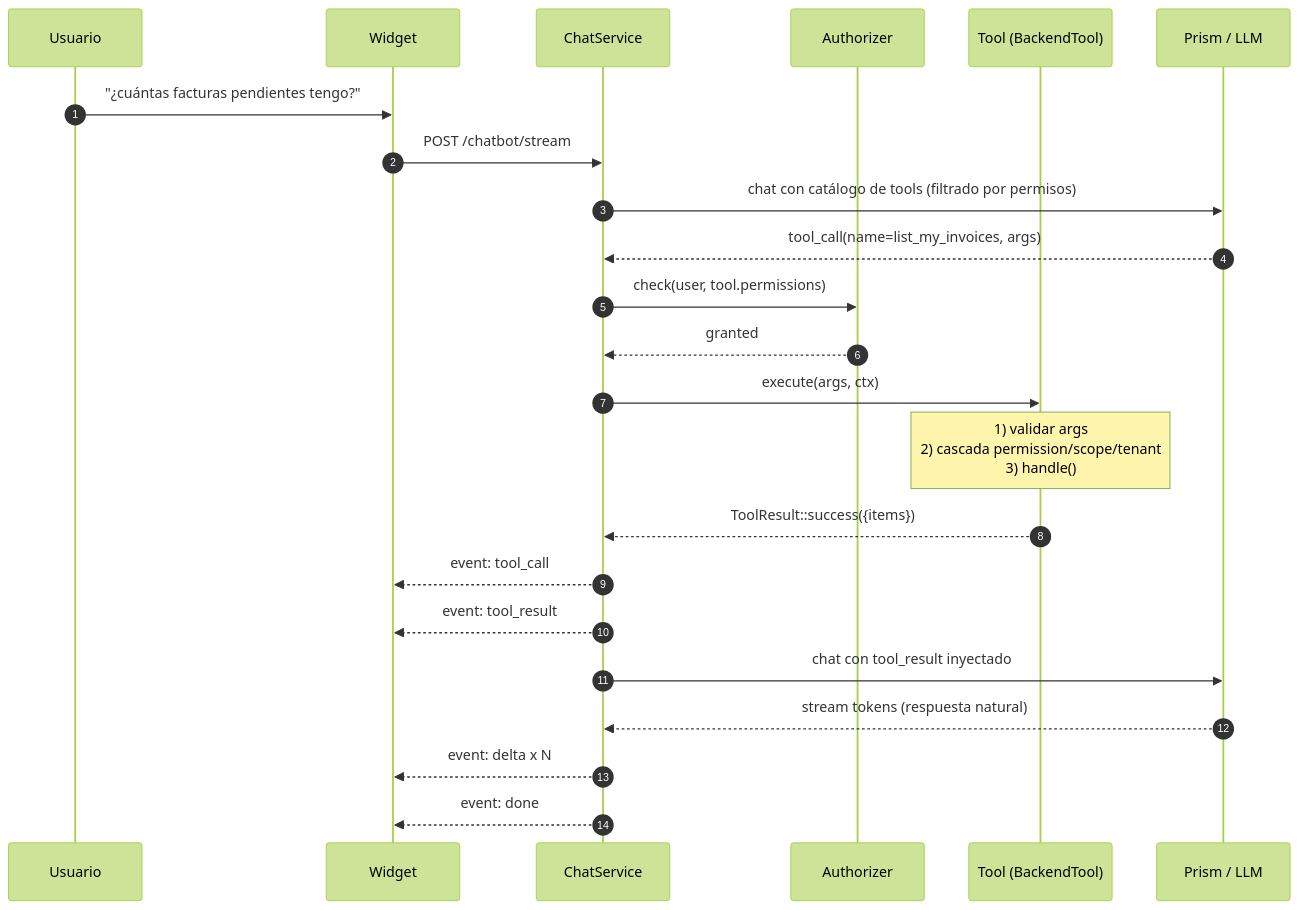
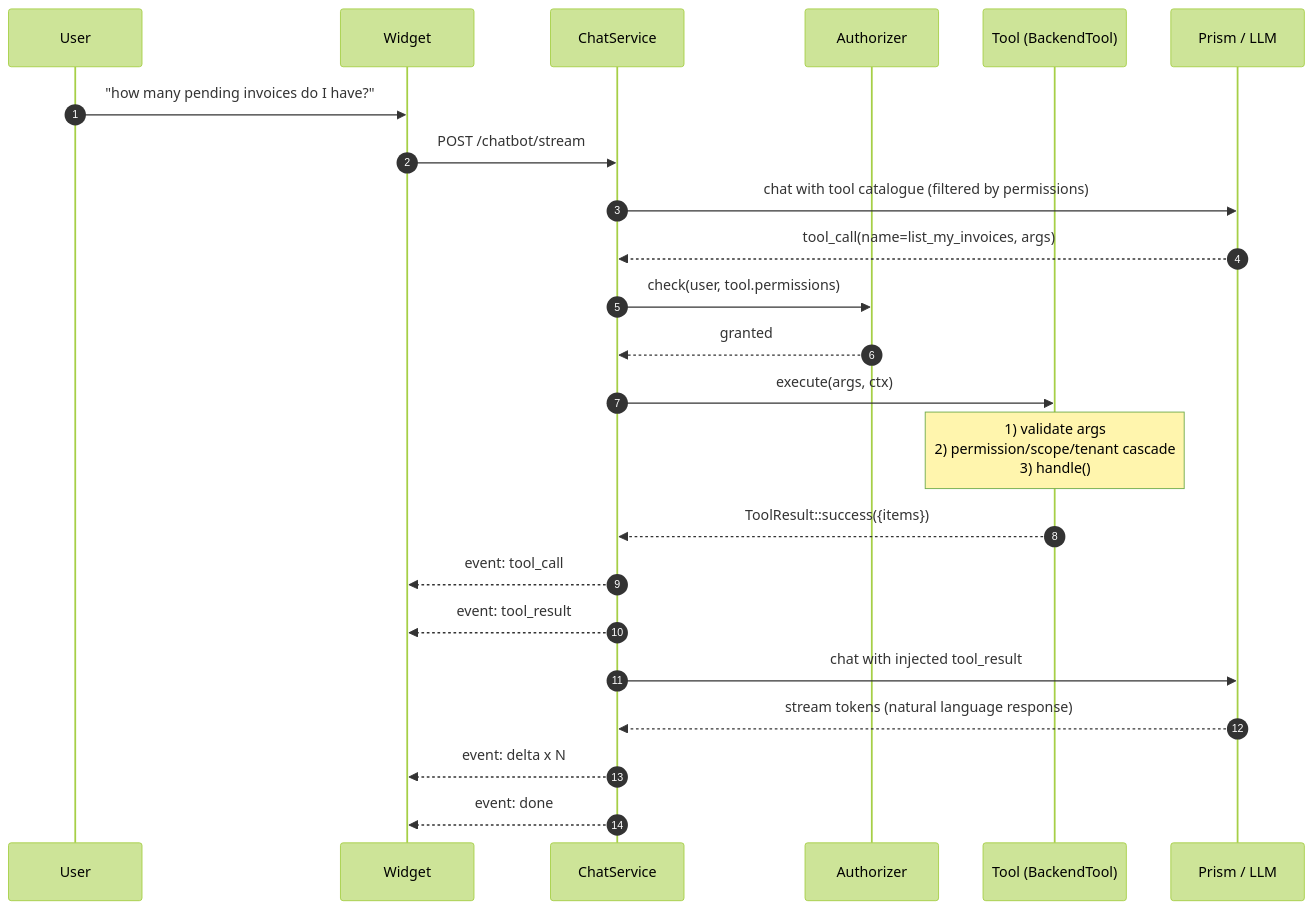
One commit to rnkr69/lara-chatbot changed the second of 4 diagrams in docs/getting-started.md. Above: the diagram before and after it, drawn with Mermaid (forest theme). The commit also changed other lines of this file and 42 other files, not shown here.

````diff
--- a/docs/getting-started.md
+++ b/docs/getting-started.md
@@ -293,25 +289,25 @@
 ```mermaid
 sequenceDiagram
     autonumber
-    participant U as Usuario
+    participant U as User
     participant W as Widget
     participant S as ChatService
     participant A as Authorizer
     participant T as Tool (BackendTool)
     participant L as Prism / LLM
-    U->>W: "¿cuántas facturas pendientes tengo?"
+    U->>W: "how many pending invoices do I have?"
     W->>S: POST /chatbot/stream
-    S->>L: chat con catálogo de tools (filtrado por permisos)
+    S->>L: chat with tool catalogue (filtered by permissions)
     L-->>S: tool_call(name=list_my_invoices, args)
     S->>A: check(user, tool.permissions)
     A-->>S: granted
     S->>T: execute(args, ctx)
-    Note over T: 1) validar args<br/>2) cascada permission/scope/tenant<br/>3) handle()
+    Note over T: 1) validate args<br/>2) permission/scope/tenant cascade<br/>3) handle()
     T-->>S: ToolResult::success({items})
     S-->>W: event: tool_call
     S-->>W: event: tool_result
-    S->>L: chat con tool_result inyectado
-    L-->>S: stream tokens (respuesta natural)
+    S->>L: chat with injected tool_result
+    L-->>S: stream tokens (natural language response)
     S-->>W: event: delta x N
     S-->>W: event: done
 ```
````
